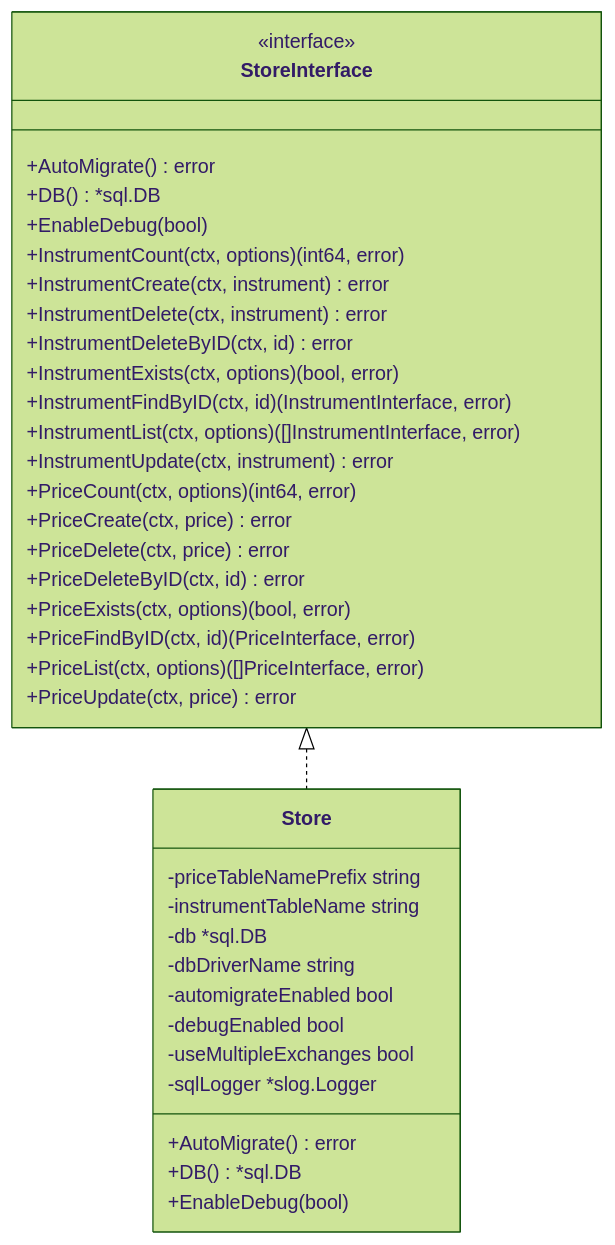
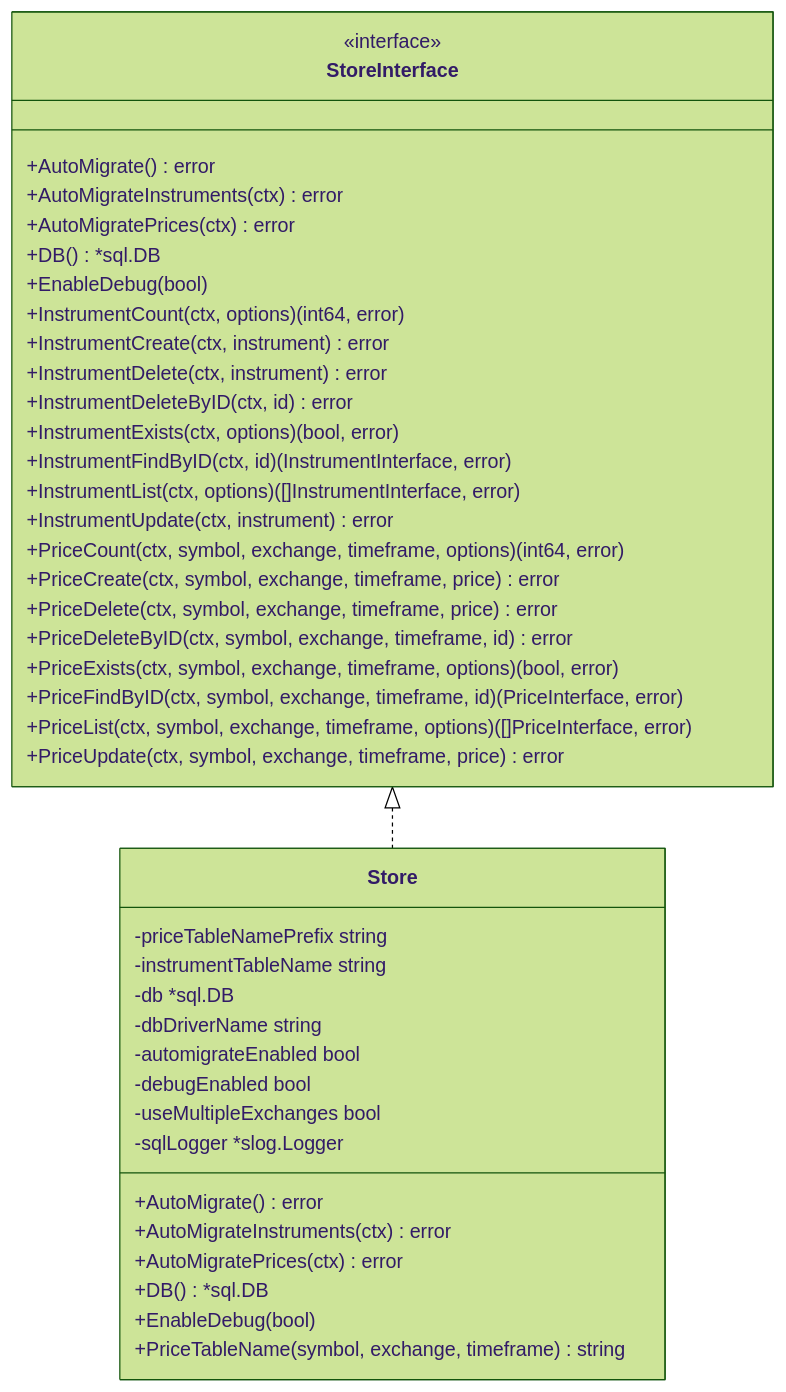
Before and after one commit to dracory/tradingstore: the first of 3 diagrams in README.md, drawn with Mermaid (forest theme). The commit also changed other lines of this file and 1 other file, not shown here.

Commit message:
update README with usage examples; add utility function to clear instruments in tests

````diff
--- a/README.md
+++ b/README.md
@@ -151,41 +155,46 @@
 ```mermaid
 classDiagram
     class StoreInterface {
         <<interface>>
         +AutoMigrate() error
+        +AutoMigrateInstruments(ctx) error
+        +AutoMigratePrices(ctx) error
         +DB() *sql.DB
         +EnableDebug(bool)
         +InstrumentCount(ctx, options) (int64, error)
         +InstrumentCreate(ctx, instrument) error
         +InstrumentDelete(ctx, instrument) error
         +InstrumentDeleteByID(ctx, id) error
         +InstrumentExists(ctx, options) (bool, error)
         +InstrumentFindByID(ctx, id) (InstrumentInterface, error)
         +InstrumentList(ctx, options) ([]InstrumentInterface, error)
         +InstrumentUpdate(ctx, instrument) error
-        +PriceCount(ctx, options) (int64, error)
-        +PriceCreate(ctx, price) error
-        +PriceDelete(ctx, price) error
-        +PriceDeleteByID(ctx, id) error
-        +PriceExists(ctx, options) (bool, error)
-        +PriceFindByID(ctx, id) (PriceInterface, error)
-        +PriceList(ctx, options) ([]PriceInterface, error)
-        +PriceUpdate(ctx, price) error
+        +PriceCount(ctx, symbol, exchange, timeframe, options) (int64, error)
+        +PriceCreate(ctx, symbol, exchange, timeframe, price) error
+        +PriceDelete(ctx, symbol, exchange, timeframe, price) error
+        +PriceDeleteByID(ctx, symbol, exchange, timeframe, id) error
+        +PriceExists(ctx, symbol, exchange, timeframe, options) (bool, error)
+        +PriceFindByID(ctx, symbol, exchange, timeframe, id) (PriceInterface, error)
+        +PriceList(ctx, symbol, exchange, timeframe, options) ([]PriceInterface, error)
+        +PriceUpdate(ctx, symbol, exchange, timeframe, price) error
     }
 
     class Store {
         -priceTableNamePrefix string
         -instrumentTableName string
         -db *sql.DB
         -dbDriverName string
         -automigrateEnabled bool
         -debugEnabled bool
         -useMultipleExchanges bool
         -sqlLogger *slog.Logger
         +AutoMigrate() error
+        +AutoMigrateInstruments(ctx) error
+        +AutoMigratePrices(ctx) error
         +DB() *sql.DB
         +EnableDebug(bool)
+        +PriceTableName(symbol, exchange, timeframe) string
     }
 
     StoreInterface <|.. Store
 ```
````
